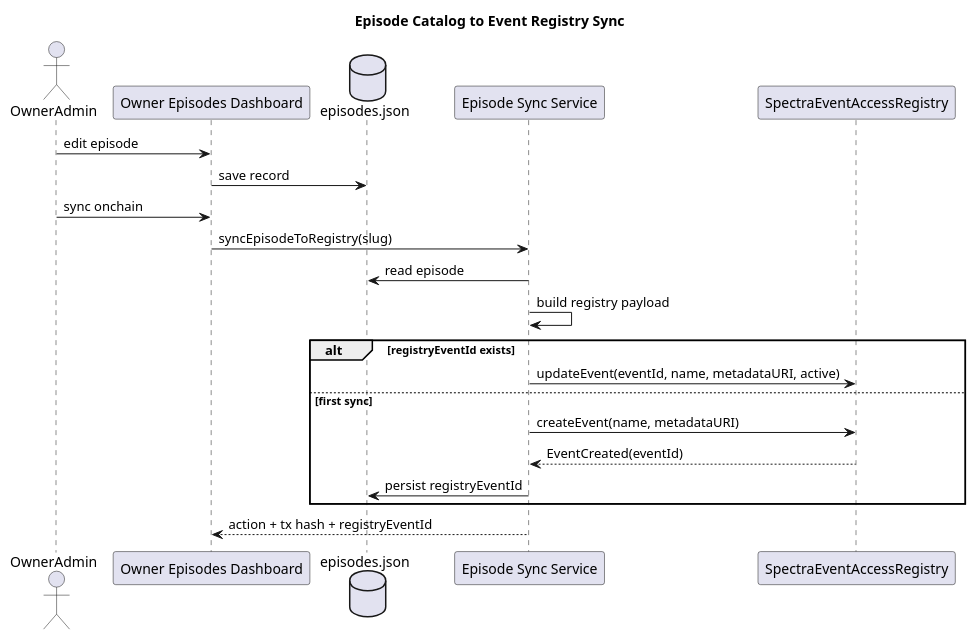
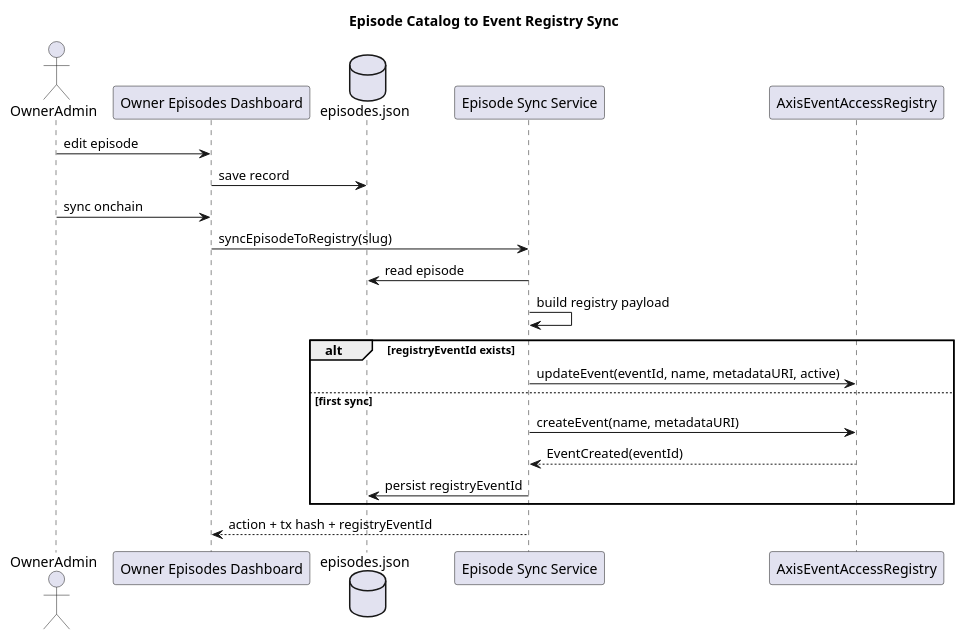
Before and after one commit to sunshinevendetta/axisv1: the diagram in docs/diagrams/episode-sync-lifecycle.puml, drawn with PlantUML. The commit also changed 7990 other files, not shown here.

```diff
--- a/docs/diagrams/episode-sync-lifecycle.puml
+++ b/docs/diagrams/episode-sync-lifecycle.puml
@@ -1,28 +1,28 @@
 @startuml
 title Episode Catalog to Event Registry Sync
 
 actor OwnerAdmin
 participant "Owner Episodes Dashboard" as Dashboard
 database "episodes.json" as Catalog
 participant "Episode Sync Service" as SyncSvc
-participant "SpectraEventAccessRegistry" as Registry
+participant "AxisEventAccessRegistry" as Registry
 
 OwnerAdmin -> Dashboard : edit episode
 Dashboard -> Catalog : save record
 
 OwnerAdmin -> Dashboard : sync onchain
 Dashboard -> SyncSvc : syncEpisodeToRegistry(slug)
 SyncSvc -> Catalog : read episode
 SyncSvc -> SyncSvc : build registry payload
 
 alt registryEventId exists
   SyncSvc -> Registry : updateEvent(eventId, name, metadataURI, active)
 else first sync
   SyncSvc -> Registry : createEvent(name, metadataURI)
   Registry --> SyncSvc : EventCreated(eventId)
   SyncSvc -> Catalog : persist registryEventId
 end
 
 SyncSvc --> Dashboard : action + tx hash + registryEventId
 
 @enduml
```
